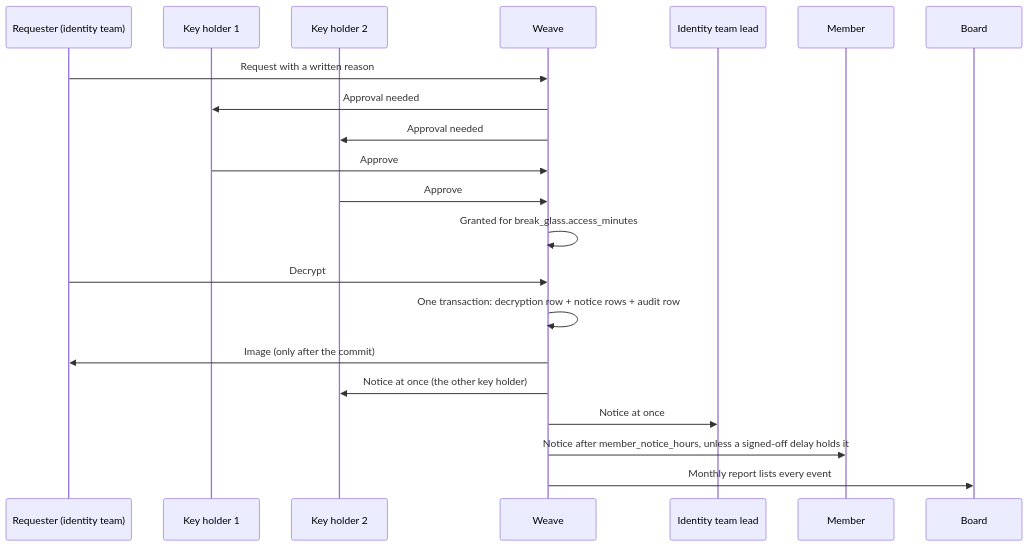
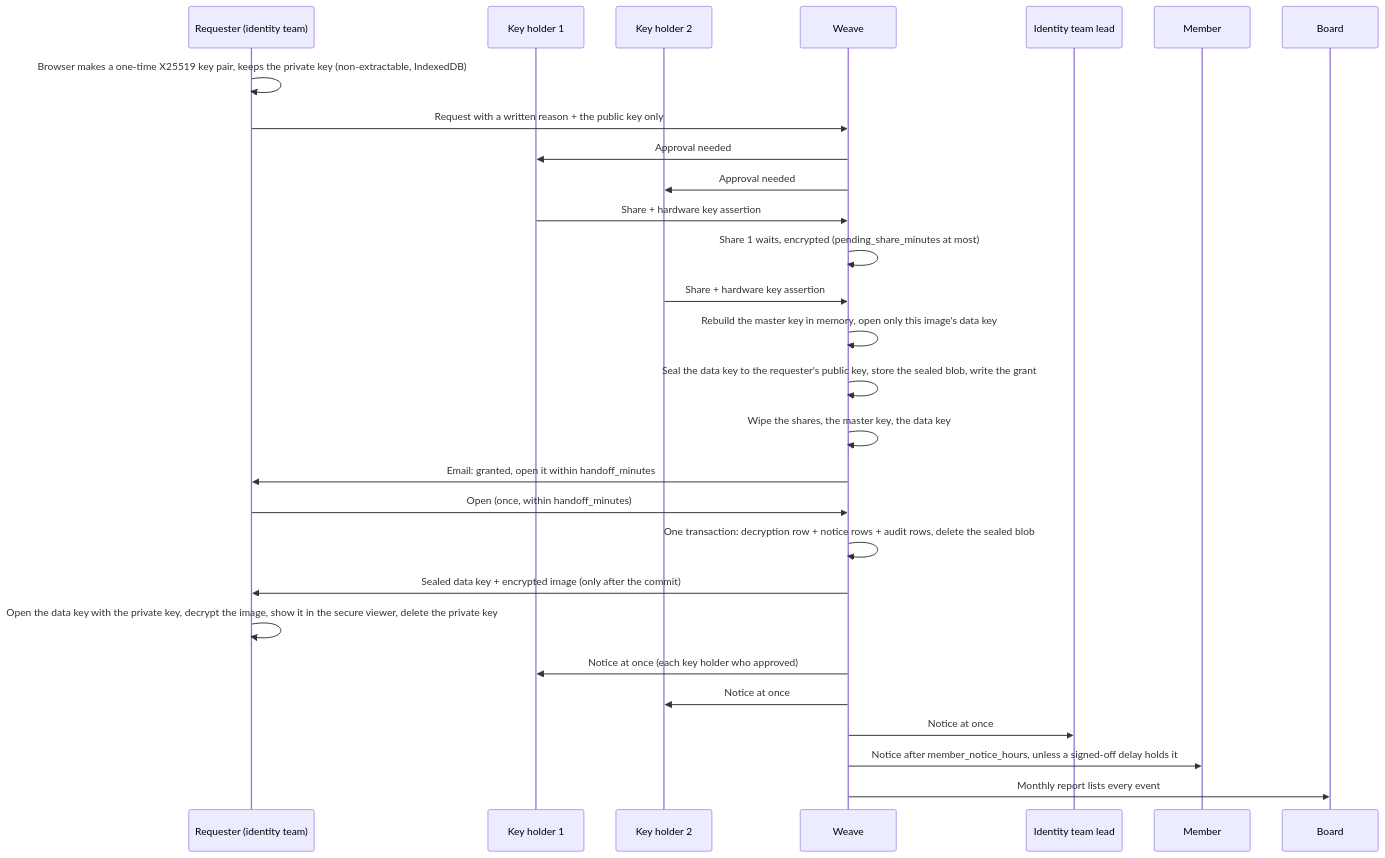
One commit to patchworklabsorg/weave changed the fifth of 24 diagrams in docs/KYC.md. Above: the diagram before and after it, drawn with Mermaid. The commit also changed other lines of this file and 100 other files, not shown here.

Commit message:
feat: seal id images to a split master key on hardware keys

````diff
--- a/docs/KYC.md
+++ b/docs/KYC.md
@@ -188,23 +193,30 @@
 ```mermaid
 sequenceDiagram
   participant R as Requester (identity team)
   participant K1 as Key holder 1
   participant K2 as Key holder 2
   participant W as Weave
   participant L as Identity team lead
   participant M as Member
   participant B as Board
-  R->>W: Request with a written reason
+  R->>R: Browser makes a one-time X25519 key pair, keeps the private key (non-extractable, IndexedDB)
+  R->>W: Request with a written reason + the public key only
   W->>K1: Approval needed
   W->>K2: Approval needed
-  K1->>W: Approve
-  K2->>W: Approve
-  W->>W: Granted for break_glass.access_minutes
-  R->>W: Decrypt
-  W->>W: One transaction: decryption row + notice rows + audit row
-  W->>R: Image (only after the commit)
-  W->>K2: Notice at once (the other key holder)
+  K1->>W: Share + hardware key assertion
+  W->>W: Share 1 waits, encrypted (pending_share_minutes at most)
+  K2->>W: Share + hardware key assertion
+  W->>W: Rebuild the master key in memory, open only this image's data key
+  W->>W: Seal the data key to the requester's public key, store the sealed blob, write the grant
+  W->>W: Wipe the shares, the master key, the data key
+  W->>R: Email: granted, open it within handoff_minutes
+  R->>W: Open (once, within handoff_minutes)
+  W->>W: One transaction: decryption row + notice rows + audit rows, delete the sealed blob
+  W->>R: Sealed data key + encrypted image (only after the commit)
+  R->>R: Open the data key with the private key, decrypt the image, show it in the secure viewer, delete the private key
+  W->>K1: Notice at once (each key holder who approved)
+  W->>K2: Notice at once
   W->>L: Notice at once
   W->>M: Notice after member_notice_hours, unless a signed-off delay holds it
   W->>B: Monthly report lists every event
 ```
````
